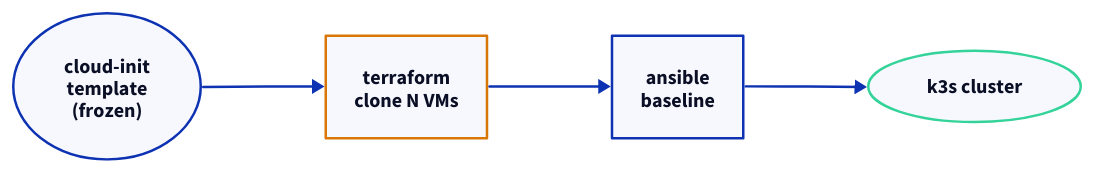
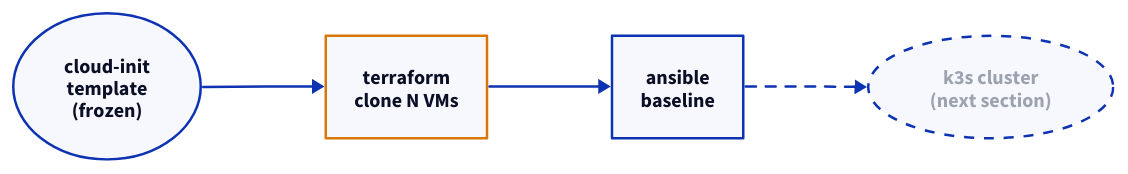
Before and after one commit to michael-duren/rubber-duck: the third of 4 diagrams in courses/proxmox-k8s-homelab-go.md, drawn with D2. The commit also changed other lines of this file and 29 other files, not shown here.

````diff
--- a/courses/proxmox-k8s-homelab-go.md
+++ b/courses/proxmox-k8s-homelab-go.md
@@ -899,8 +903,13 @@
 ```d2
 direction: right
 tpl: "cloud-init\ntemplate\n(frozen)" {shape: oval}
 tf: "terraform\nclone N VMs" {style.stroke: "#d97706"; style.stroke-width: 2}
 ans: "ansible\nbaseline"
-k3s: "k3s cluster" {shape: oval; style.stroke: "#34d399"; style.stroke-width: 2}
-tpl -> tf -> ans -> k3s
+k3s: "k3s cluster\n(next section)" {
+  shape: oval
+  style.stroke-dash: 4
+  style.font-color: "#9ca3af"
+}
+tpl -> tf -> ans
+ans -> k3s: {style.stroke-dash: 4}
 ```
````
